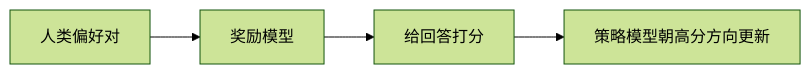
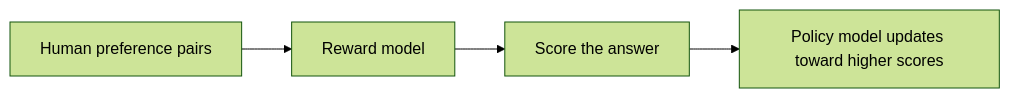
Before and after one commit to oudbiao/AI-fullstack-course: the diagram in docs/ch07-llm-principles/ch07-alignment/02-rlhf.md, drawn with Mermaid (forest theme). The commit also changed other lines of this file and 1406 other files, not shown here.

````diff
--- a/docs/ch07-llm-principles/ch07-alignment/02-rlhf.md
+++ b/docs/ch07-llm-principles/ch07-alignment/02-rlhf.md
@@ -62,6 +62,6 @@
 ```mermaid
 flowchart LR
-    A["人类偏好对"] --> B["奖励模型"]
-    B --> C["给回答打分"]
-    C --> D["策略模型朝高分方向更新"]
+    A["Human preference pairs"] --> B["Reward model"]
+    B --> C["Score the answer"]
+    C --> D["Policy model updates toward higher scores"]
 ```
````
